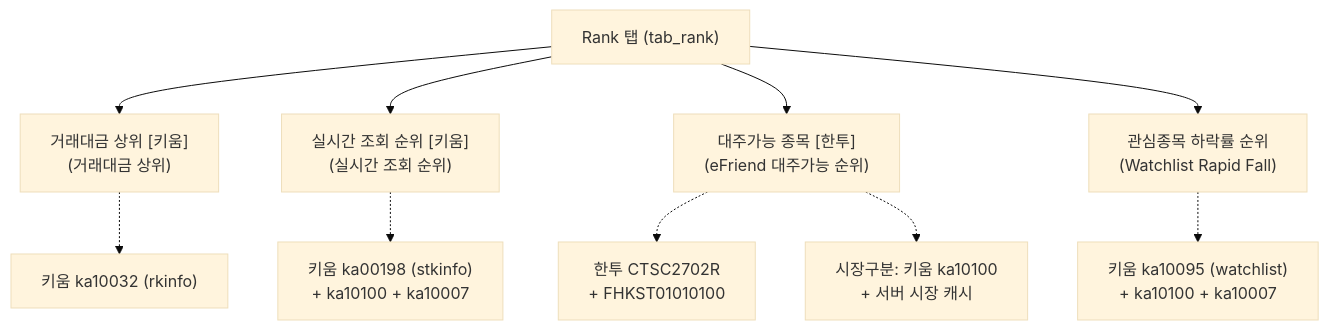
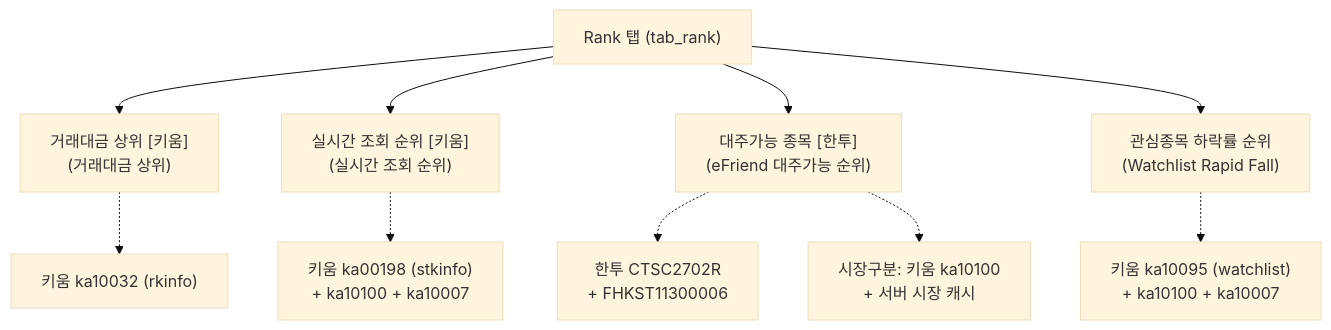
The first of 3 diagrams in docs/SYSTEM_SPECIFICATION.md (idhaha/market-through), drawn with Mermaid (base theme) before and after one commit. The commit also changed other lines of this file and 50 other files, not shown here.

````diff
--- a/docs/SYSTEM_SPECIFICATION.md
+++ b/docs/SYSTEM_SPECIFICATION.md
@@ -59,13 +59,13 @@
 ```mermaid
 flowchart TD
     RankTab["Rank 탭 (tab_rank)"] --> Panel1["거래대금 상위 [키움]<br/>(거래대금 상위)"]
     RankTab --> Panel2["실시간 조회 순위 [키움]<br/>(실시간 조회 순위)"]
     RankTab --> Panel3["대주가능 종목 [한투]<br/>(eFriend 대주가능 순위)"]
     RankTab --> Panel4["관심종목 하락률 순위<br/>(Watchlist Rapid Fall)"]
     
     Panel1 -.-> KiwoomAPI1["키움 ka10032 (rkinfo)"]
     Panel2 -.-> KiwoomAPI2["키움 ka00198 (stkinfo)<br/>+ ka10100 + ka10007"]
-    Panel3 -.-> EfriendAPI["한투 CTSC2702R<br/>+ FHKST01010100"]
+    Panel3 -.-> EfriendAPI["한투 CTSC2702R<br/>+ FHKST11300006"]
     Panel3 -.-> KiwoomMarketAPI["시장구분: 키움 ka10100<br/>+ 서버 시장 캐시"]
     Panel4 -.-> KiwoomAPI3["키움 ka10095 (watchlist)<br/>+ ka10100 + ka10007"]
 ```
````
